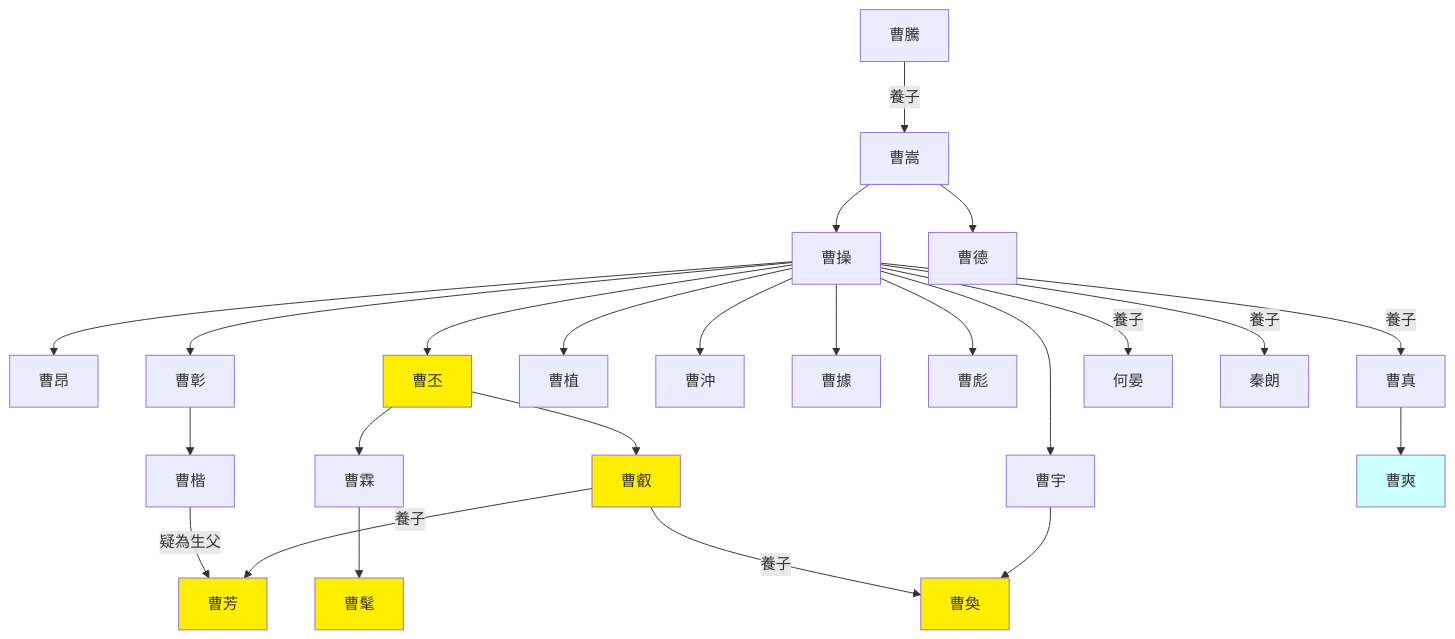
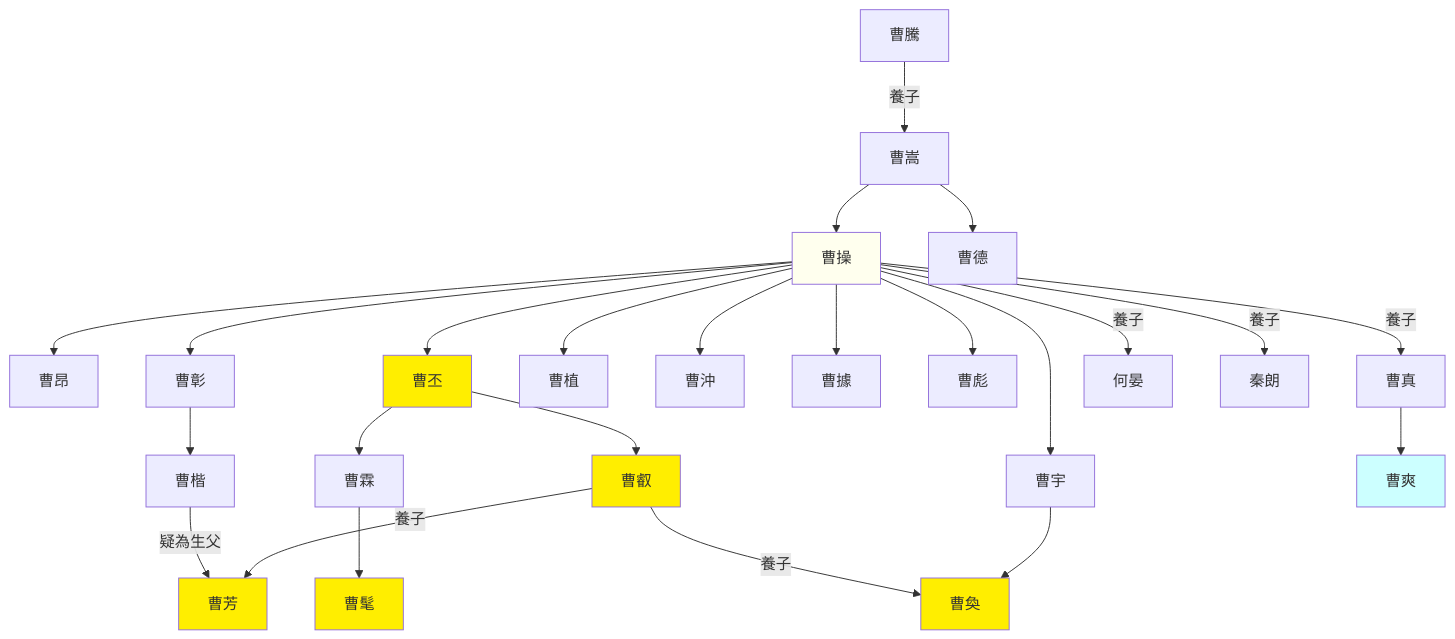
Before and after one commit to gamefang/zizhitongjian: the first of 2 diagrams in 2_世系圖表/2.1_帝王/三國/曹魏世系圖.md, drawn with Mermaid. The commit also changed 19 other files, not shown here.

Commit message:
漢魏世系圖表整理優化

````diff
--- a/2_世系圖表/2.1_帝王/三國/曹魏世系圖.md
+++ b/2_世系圖表/2.1_帝王/三國/曹魏世系圖.md
@@ -14,36 +14,39 @@
 ```mermaid
 graph TB
 
 曹騰--養子-->曹嵩
 曹嵩-->曹操
 曹嵩-->曹德
 
 曹操-->曹昂
 曹操-->曹丕
 曹操-->曹彰
 曹操-->曹植
 曹操-->曹沖
 曹操-->曹據
 曹操-->曹宇
 曹操-->曹彪
 曹操--養子-->曹真
 曹操--養子-->何晏
 曹操--養子-->秦朗
 
 曹丕-->曹叡
 曹丕-->曹霖
 曹彰-->曹楷
 曹宇-->曹奐
 曹真-->曹爽
 
 曹叡--養子-->曹芳
 曹叡--養子-->曹奐
 曹楷--疑為生父-->曹芳
 曹霖-->曹髦
 
 classDef king fill:#ffee00
 class 曹丕,曹叡,曹芳,曹髦,曹奐 king
 
 classDef control fill:#ccffff
 class 曹爽 control
+
+classDef founder fill:#ffffee
+class 曹操 founder
 ```
````
